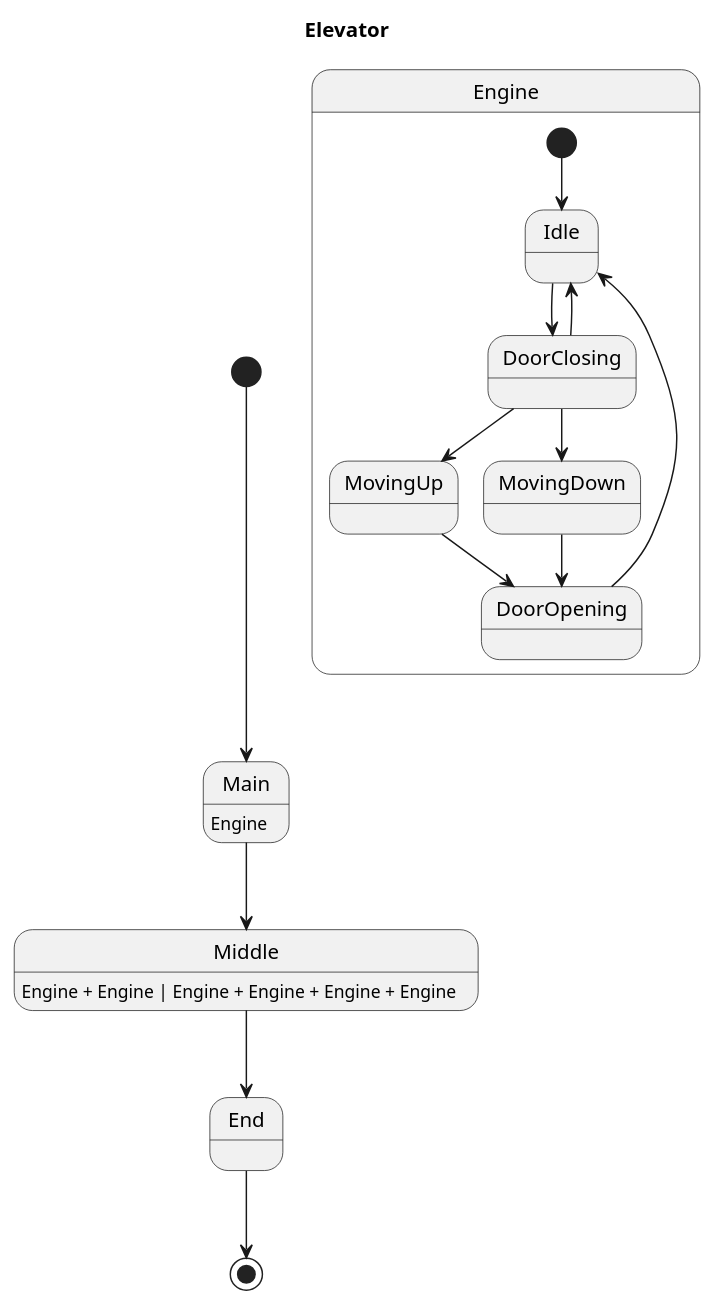
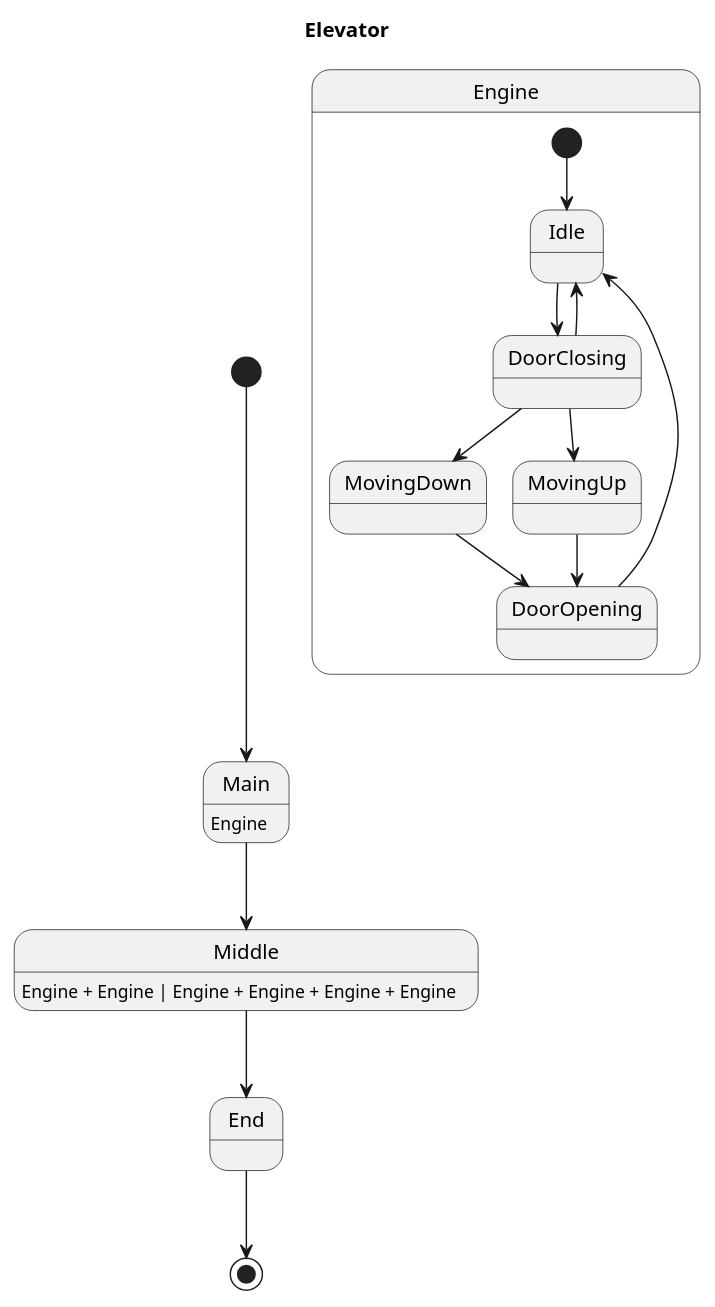
One commit to Pastor/Takt changed the diagram in examples/generated/plantuml/elevator.puml. Above: the diagram before and after it, drawn with PlantUML. The commit also changed other lines of this file and 13 other files, not shown here.

```diff
--- a/examples/generated/plantuml/elevator.puml
+++ b/examples/generated/plantuml/elevator.puml
@@ -1,22 +1,22 @@
 @startuml
 title Elevator
 
 [*] --> Main
+Middle : Engine + Engine | Engine + Engine + Engine + Engine
+Middle --> End
 Main : Engine
 Main --> Middle
-Middle : Engine + Engine | Engine + Engine + Engine + Engine
-Middle --> End
 End --> [*]
 
 state Engine {
     [*] --> Idle
+    DoorOpening --> Idle
+    Idle --> DoorClosing
+    MovingDown --> DoorOpening
     DoorClosing --> Idle
     DoorClosing --> MovingUp
     DoorClosing --> MovingDown
-    MovingDown --> DoorOpening
-    Idle --> DoorClosing
     MovingUp --> DoorOpening
-    DoorOpening --> Idle
 }
 
 @enduml
```
